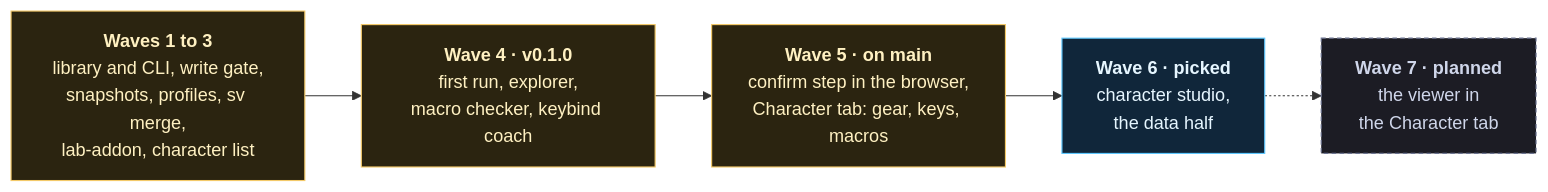
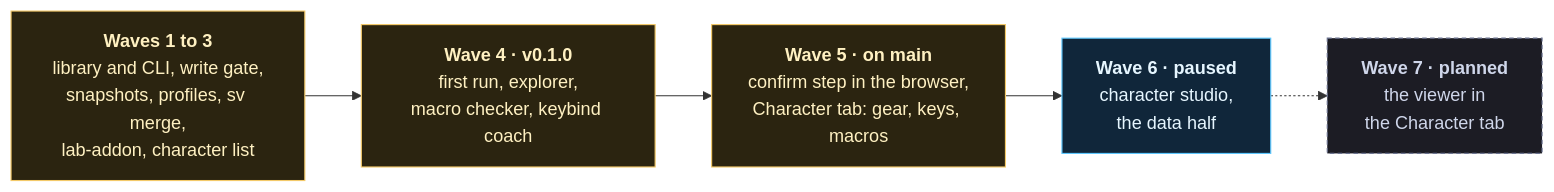
One commit to sandgraal/wowlab changed the second of 2 diagrams in README.md. Above: the diagram before and after it, drawn with Mermaid. The commit also changed other lines of this file and 5 other files, not shown here.

````diff
--- a/README.md
+++ b/README.md
@@ -220,12 +213,12 @@
 ```mermaid
 flowchart LR
     W1["<b>Waves 1 to 3</b><br/>library and CLI, write gate,<br/>snapshots, profiles, sv merge,<br/>lab-addon, character list"]:::done
     W4["<b>Wave 4 · v0.1.0</b><br/>first run, explorer,<br/>macro checker, keybind coach"]:::done
     W5["<b>Wave 5 · on main</b><br/>confirm step in the browser,<br/>Character tab: gear, keys, macros"]:::done
-    W6["<b>Wave 6 · picked</b><br/>character studio,<br/>the data half"]:::next
+    W6["<b>Wave 6 · paused</b><br/>character studio,<br/>the data half"]:::next
     W7["<b>Wave 7 · planned</b><br/>the viewer in<br/>the Character tab"]:::plan
     W1 --> W4 --> W5 --> W6 -.-> W7
     classDef done fill:#2b2410,stroke:#f3c969,color:#fff1c2
     classDef next fill:#10263a,stroke:#5ec8ff,color:#e6f6ff
     classDef plan fill:#1c1c24,stroke:#6b7390,color:#cfd6ea,stroke-dasharray:4 3
 ```
````
